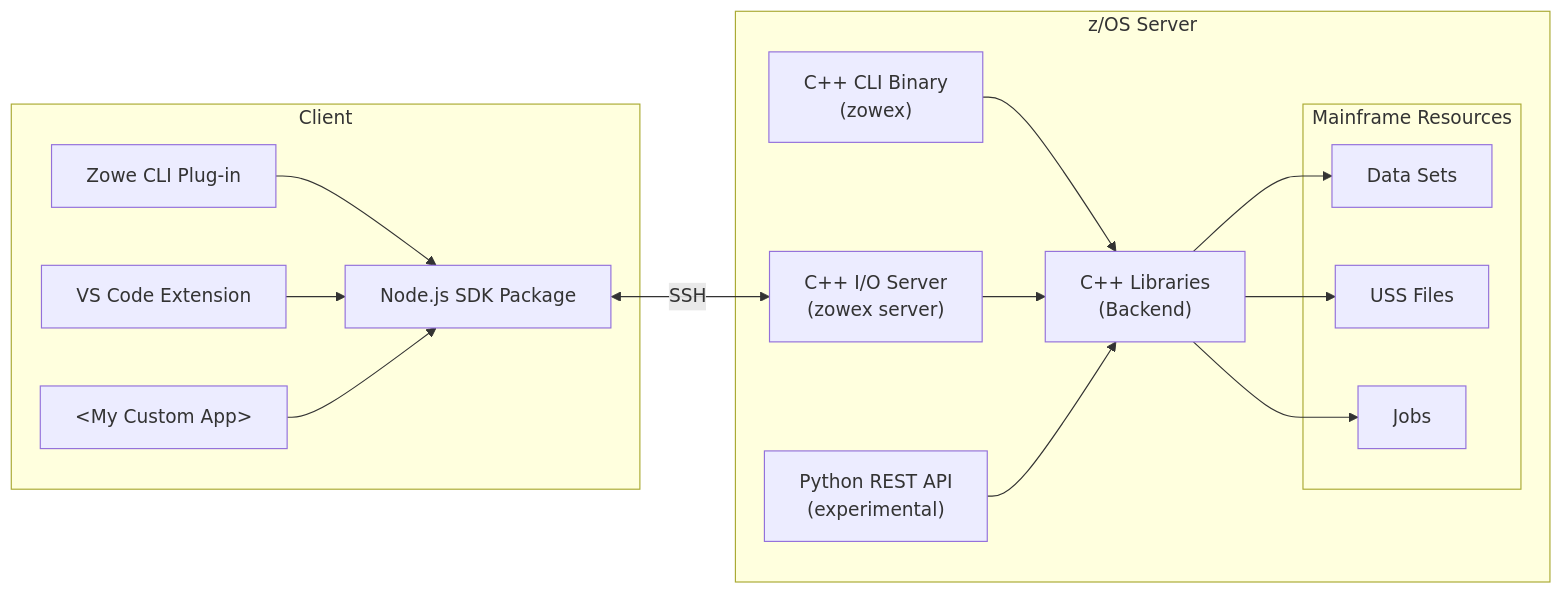
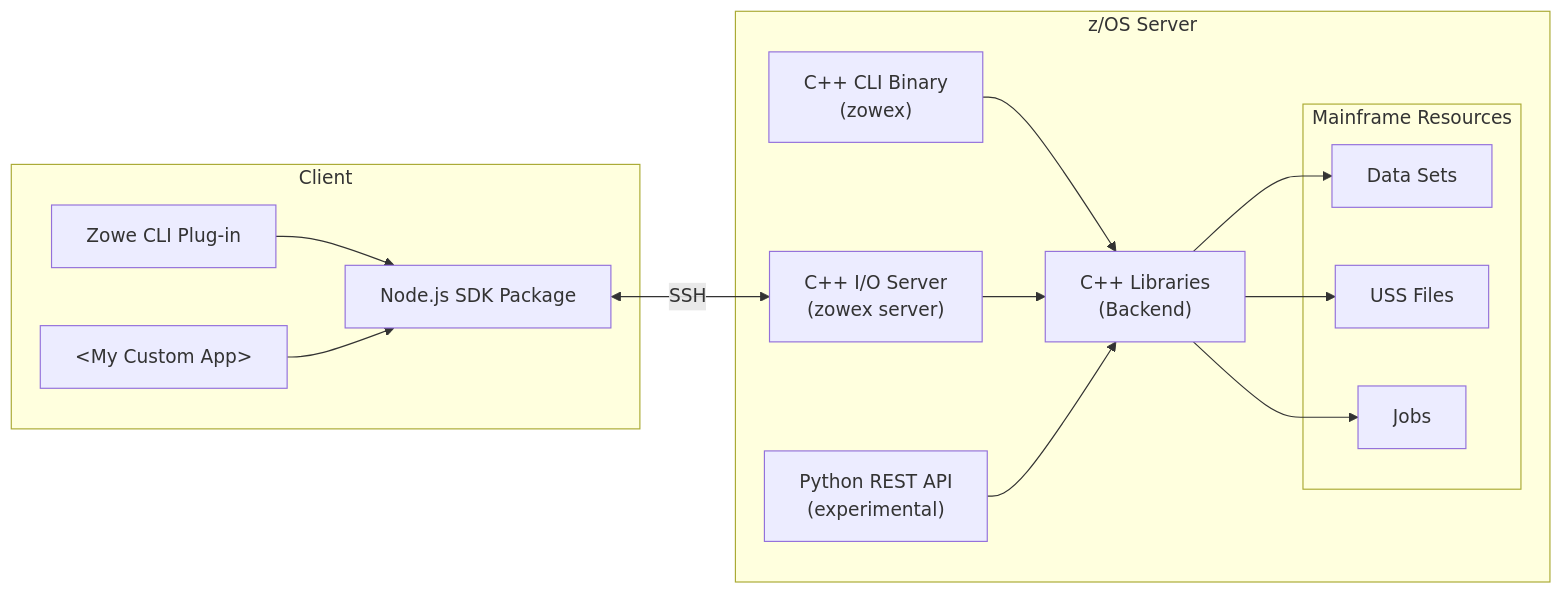
Before and after one commit to zowe/zowex: the diagram in README.md, drawn with Mermaid. The commit also changed other lines of this file and 43 other files, not shown here.

Commit message:
Remove the VSCE from the repository now that it's been integrated with Zowe Explorer (#982)

````diff
--- a/README.md
+++ b/README.md
@@ -125,28 +119,26 @@
 ```mermaid
 graph LR
   subgraph Client
   sdk[Node.js SDK Package]
   cli[Zowe CLI Plug-in]-->sdk
-  vsce[VS Code Extension]-->sdk
   other[&lt;My Custom App&gt;]-->sdk
   end
   subgraph z/OS Server
   zowex["C++ CLI Binary<br>(zowex)"]-->cpp
   ioserver["C++ I/O Server<br>(zowex server)"]-->cpp["C++ Libraries<br>(Backend)"]
   python["Python REST API<br>(experimental)"]-->cpp
   sdk<-->|SSH|ioserver
   subgraph Mainframe Resources
   ds[Data Sets]
   uss[USS Files]
   jobs[Jobs]
   end
   cpp-->ds
   cpp-->uss
   cpp-->jobs
   end
   click sdk "https://github.com/zowe/zowex/blob/main/doc/client/architecture.md#sdk-package"
   click cli "https://github.com/zowe/zowex/blob/main/doc/client/architecture.md#cli-plug-in"
-  click vsce "https://github.com/zowe/zowex/blob/main/doc/client/architecture.md#vs-code-extension"
   click ioserver "https://github.com/zowe/zowex/blob/main/doc/backend/server/architecture.md"
   click zowex "https://github.com/zowe/zowex/blob/main/doc/backend/zowex_architecture.md"
 ```
````
